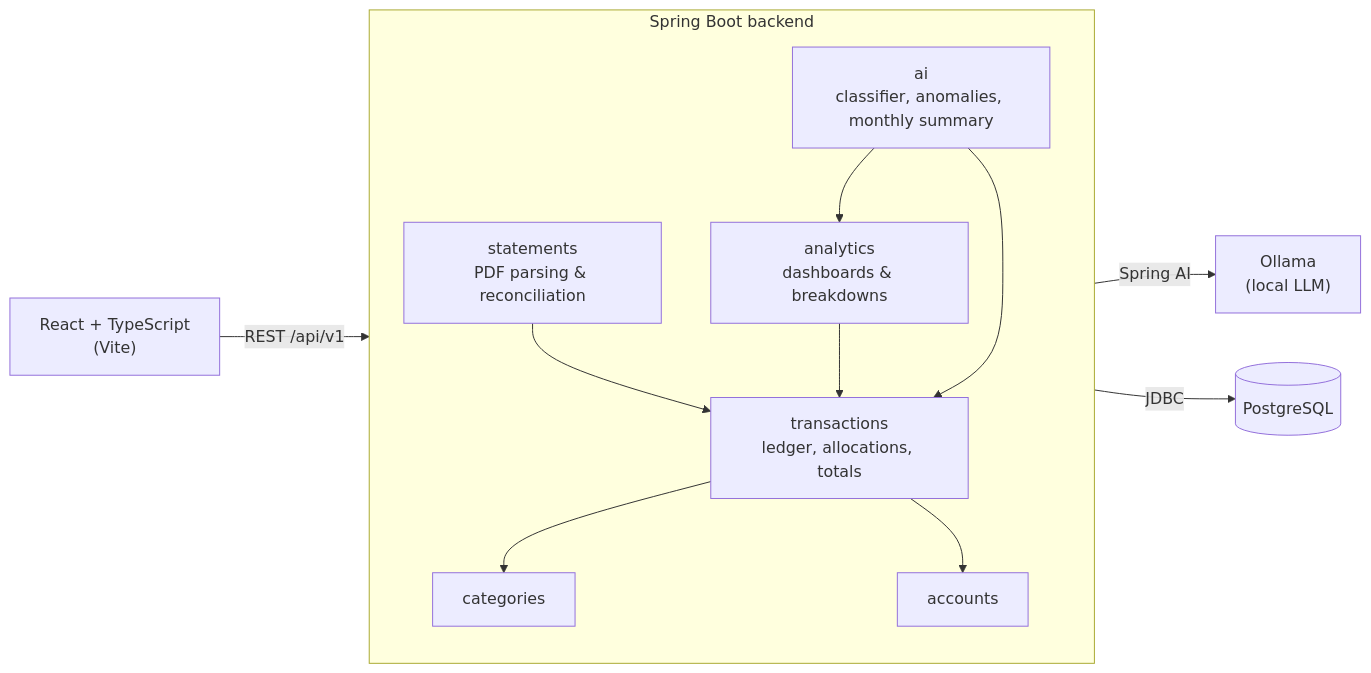
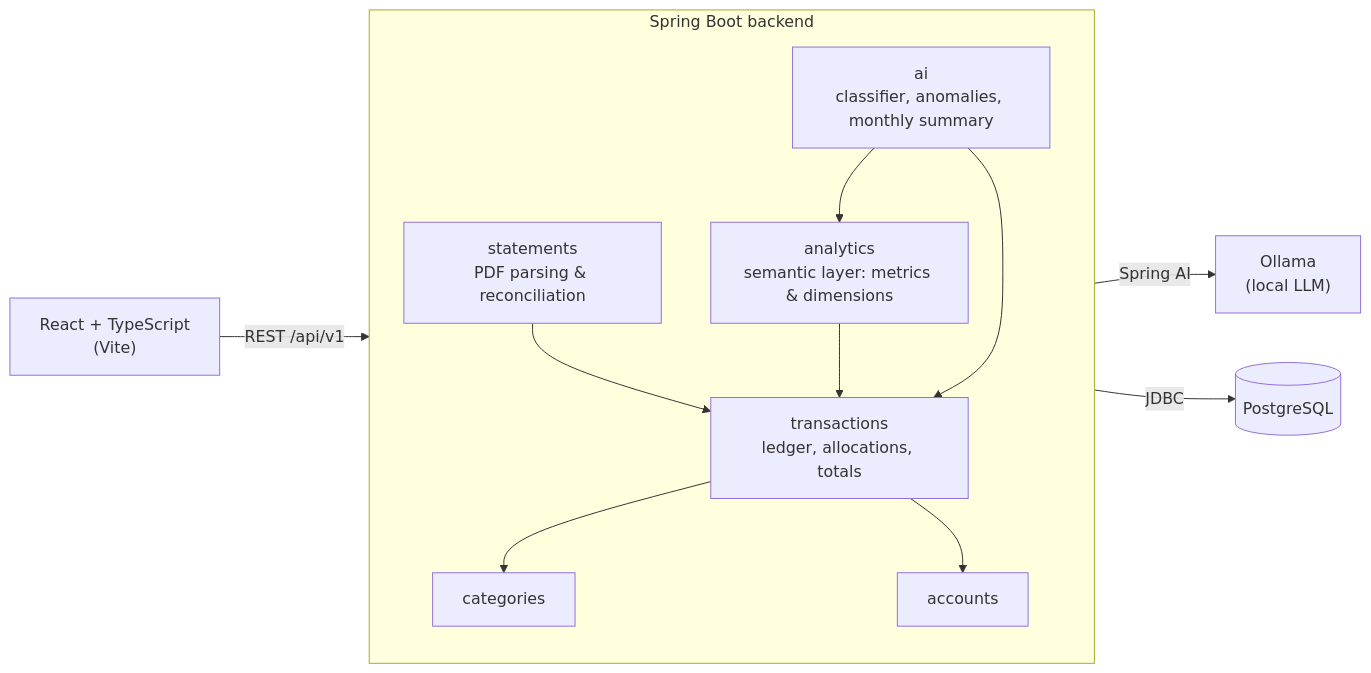
One commit to shivanshsarbhai/lekha changed the first of 2 diagrams in README.md. Above: the diagram before and after it, drawn with Mermaid. The commit also changed other lines of this file and 10 other files, not shown here.

````diff
--- a/README.md
+++ b/README.md
@@ -90,23 +119,23 @@
 ```mermaid
 flowchart LR
     UI["React + TypeScript<br/>(Vite)"] -- "REST /api/v1" --> API
 
     subgraph API["Spring Boot backend"]
         direction TB
         ST[statements<br/>PDF parsing & reconciliation]
         TX[transactions<br/>ledger, allocations, totals]
         CA[categories]
         AC[accounts]
-        AN[analytics<br/>dashboards & breakdowns]
+        AN[analytics<br/>semantic layer: metrics & dimensions]
         AI[ai<br/>classifier, anomalies, monthly summary]
         ST --> TX
         TX --> CA
         TX --> AC
         AN --> TX
         AI --> TX
         AI --> AN
     end
 
     API -- "JDBC" --> PG[(PostgreSQL)]
     AI -- "Spring AI" --> OL["Ollama<br/>(local LLM)"]
 ```
````
